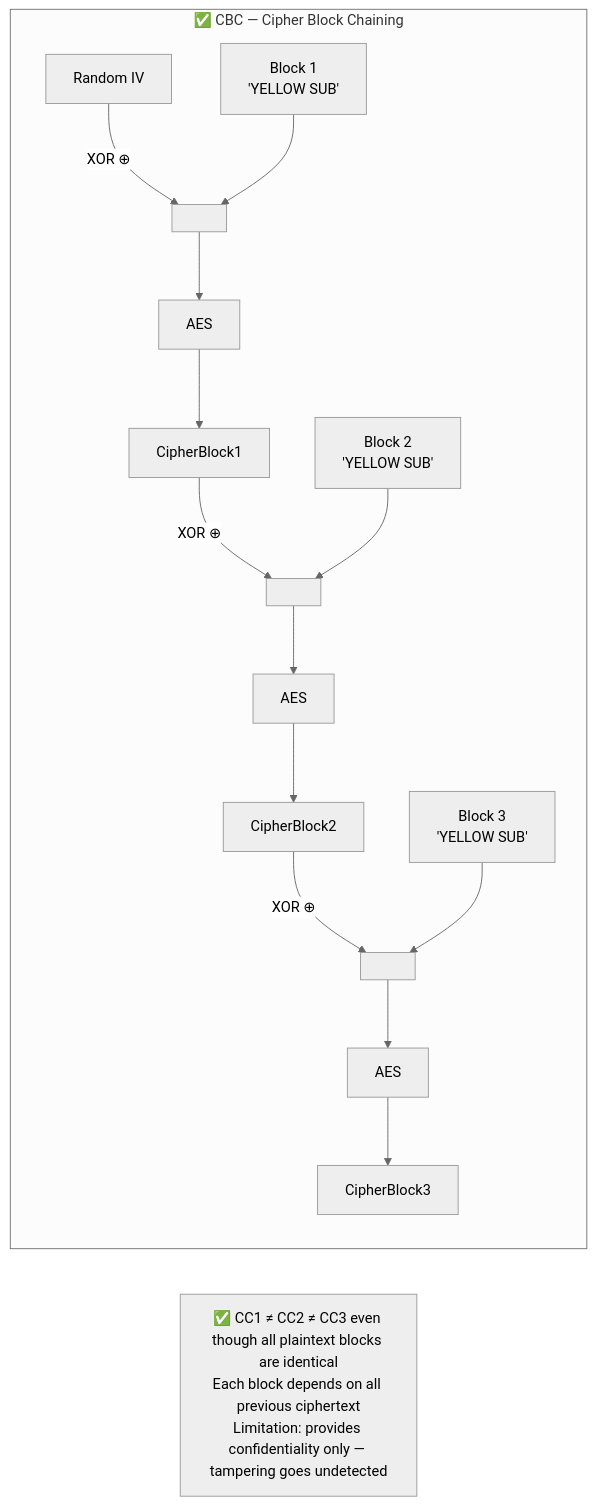
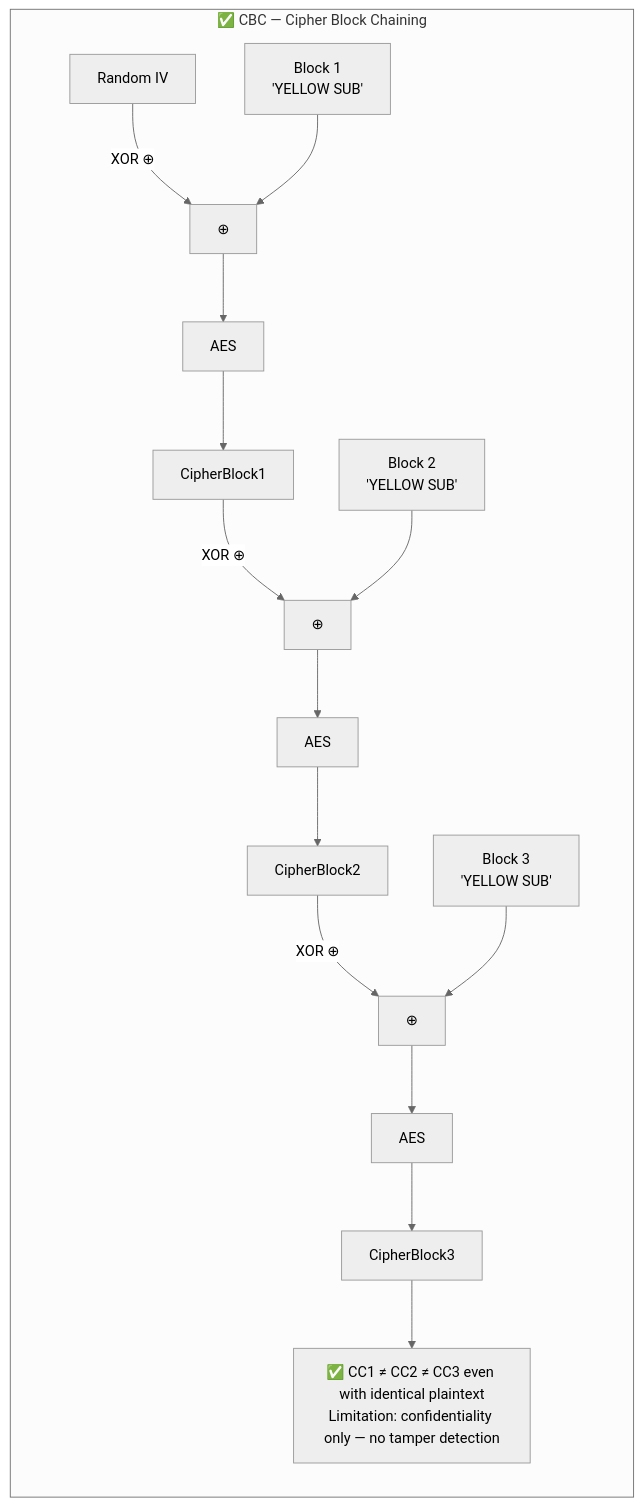
Before and after one commit to csoares/SecurityJava: the second of 4 diagrams in src/main/java/security/encryption/modes/README.md, drawn with Mermaid (neutral theme). The commit also changed other lines of this file and 23 other files, not shown here.

Commit message:
Refine README diagrams and descriptions for clarity and accuracy

````diff
--- a/src/main/java/security/encryption/modes/README.md
+++ b/src/main/java/security/encryption/modes/README.md
@@ -28,12 +28,12 @@
 ```mermaid
 flowchart LR
     subgraph CBC ["✅ CBC — Cipher Block Chaining"]
-        IV1["Random IV"] -->|"XOR ⊕"| XOR1[" "]
-        P4["Block 1\n'YELLOW SUB'"] --> XOR1 --> AES4["AES"] --> CC1["CipherBlock1"]
-        CC1 -->|"XOR ⊕"| XOR2[" "]
-        P5["Block 2\n'YELLOW SUB'"] --> XOR2 --> AES5["AES"] --> CC2["CipherBlock2"]
-        CC2 -->|"XOR ⊕"| XOR3[" "]
-        P6["Block 3\n'YELLOW SUB'"] --> XOR3 --> AES6["AES"] --> CC3["CipherBlock3"]
+        IV1["Random IV"] -->|"XOR ⊕"| XOR1["⊕"]
+        P4["Block 1<br/>'YELLOW SUB'"] --> XOR1 --> AES4["AES"] --> CC1["CipherBlock1"]
+        CC1 -->|"XOR ⊕"| XOR2["⊕"]
+        P5["Block 2<br/>'YELLOW SUB'"] --> XOR2 --> AES5["AES"] --> CC2["CipherBlock2"]
+        CC2 -->|"XOR ⊕"| XOR3["⊕"]
+        P6["Block 3<br/>'YELLOW SUB'"] --> XOR3 --> AES6["AES"] --> CC3["CipherBlock3"]
+        CC3 --> FIX["✅ CC1 ≠ CC2 ≠ CC3 even with identical plaintext<br/>Limitation: confidentiality only — no tamper detection"]
     end
-    FIX["✅ CC1 ≠ CC2 ≠ CC3 even though all plaintext blocks are identical\nEach block depends on all previous ciphertext\nLimitation: provides confidentiality only — tampering goes undetected"]
 ```
````
